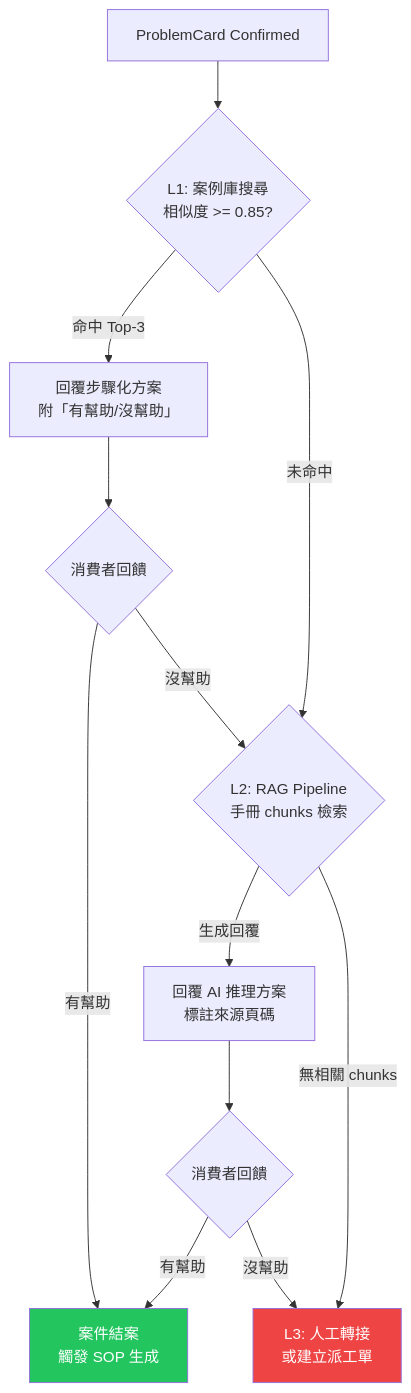
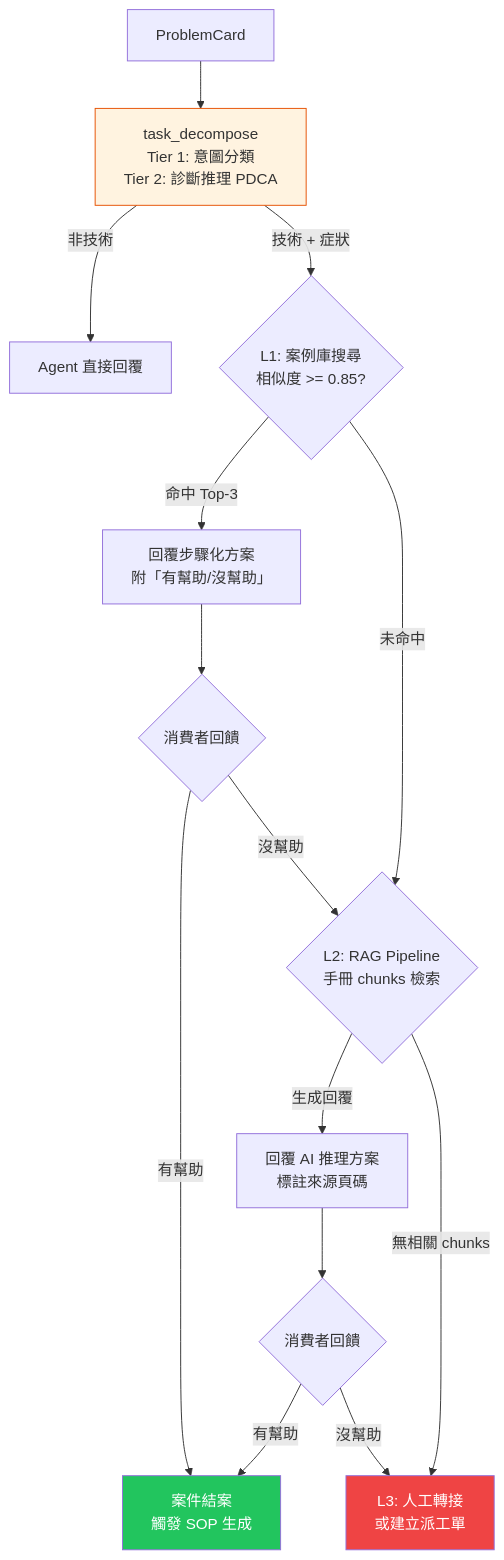
Before and after one commit to sunnyDataScience/Smart-Lock_AI_Support_Service_Dispatch_SaaS_Platform: the third of 8 diagrams in docs/system_design/04_module_breakdown.md, drawn with Mermaid. The commit also changed other lines of this file and 13 other files, not shown here.

First line of the commit message:
docs(system_design): align architecture consistency and close gap analysis items

````diff
--- a/docs/system_design/04_module_breakdown.md
+++ b/docs/system_design/04_module_breakdown.md
@@ -271,17 +296,20 @@
 ```mermaid
 graph TD
-    PC[ProblemCard Confirmed] --> L1{L1: 案例庫搜尋<br/>相似度 >= 0.85?}
+    PC[ProblemCard] --> TD[task_decompose<br/>Tier 1: 意圖分類<br/>Tier 2: 診斷推理 PDCA]
+    TD -->|非技術| AGENT[Agent 直接回覆]
+    TD -->|技術 + 症狀| L1{L1: 案例庫搜尋<br/>相似度 >= 0.85?}
     L1 -->|命中 Top-3| R1[回覆步驟化方案<br/>附「有幫助/沒幫助」]
     L1 -->|未命中| L2{L2: RAG Pipeline<br/>手冊 chunks 檢索}
     R1 --> FB1{消費者回饋}
     FB1 -->|有幫助| DONE[案件結案<br/>觸發 SOP 生成]
     FB1 -->|沒幫助| L2
     L2 -->|生成回覆| R2[回覆 AI 推理方案<br/>標註來源頁碼]
     L2 -->|無相關 chunks| L3[L3: 人工轉接<br/>或建立派工單]
     R2 --> FB2{消費者回饋}
     FB2 -->|有幫助| DONE
     FB2 -->|沒幫助| L3
 
+    style TD fill:#FFF3E0,stroke:#E65100
     style DONE fill:#22c55e,color:#fff
     style L3 fill:#ef4444,color:#fff
 ```
````
